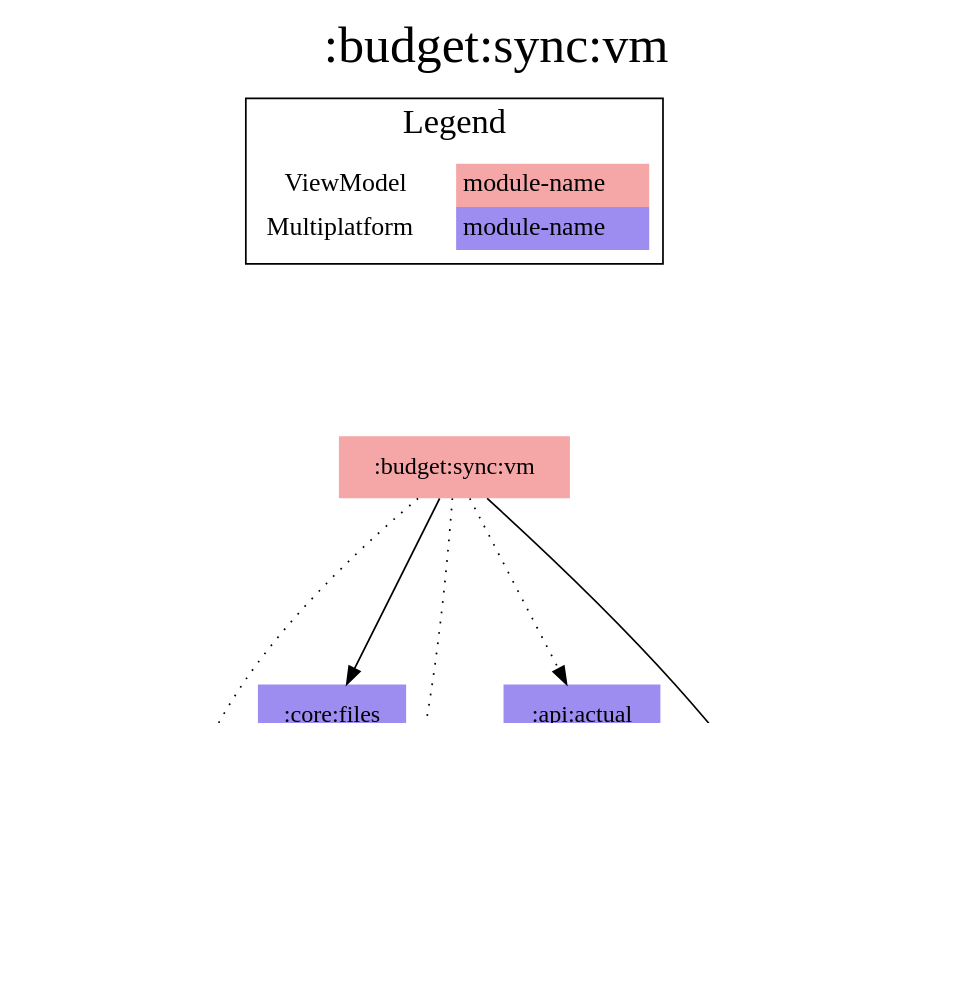
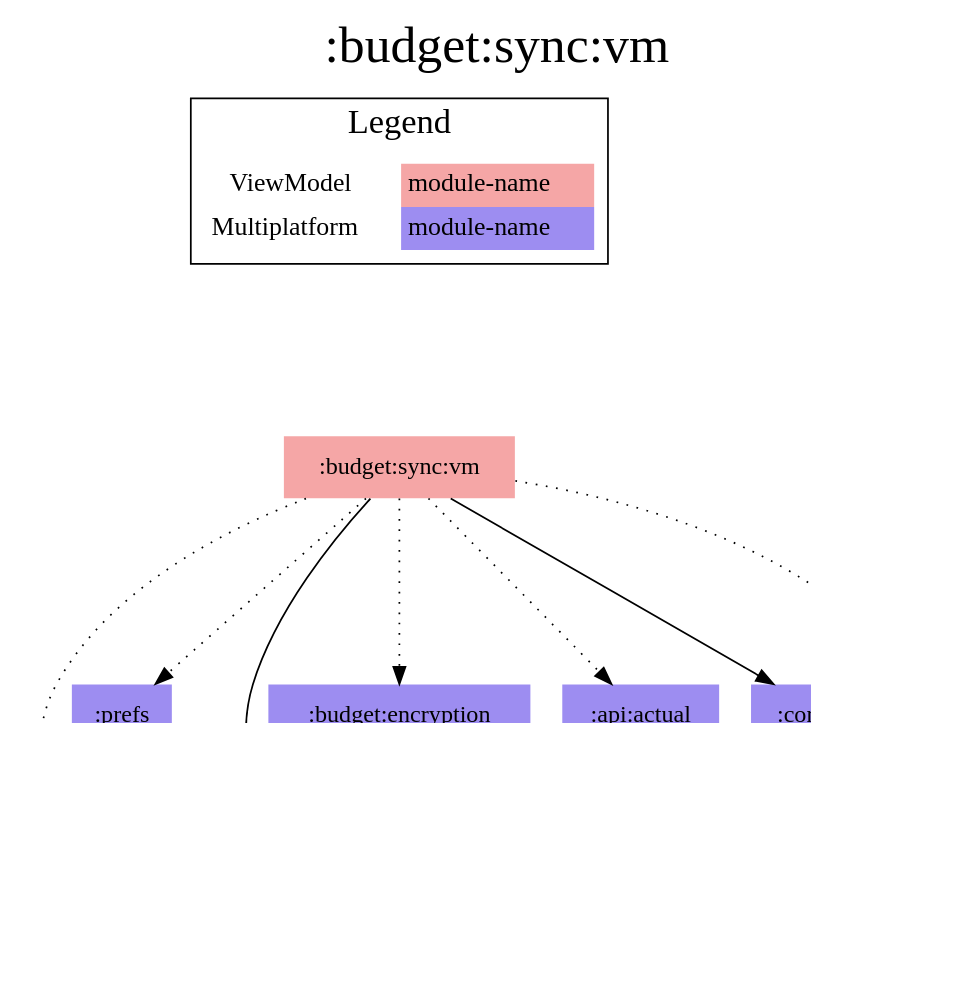
Before and after one commit to jonapoul/aktual: the diagram in modules/budget/sync/vm/modules.dot, drawn with Graphviz. The commit also changed 39 other files, not shown here.

```diff
--- a/modules/budget/sync/vm/modules.dot
+++ b/modules/budget/sync/vm/modules.dot
@@ -1,36 +1,45 @@
 digraph {
 edge ["dir"="forward"]
 graph ["dpi"="100","label"=":budget:sync:vm","labelloc"="t","fontsize"="30","ranksep"="1.5","rankdir"="TB"]
 node ["style"="filled"]
 ":account:model" ["fillcolor"="#9D8DF1","shape"="none"]
 ":api:actual" ["fillcolor"="#9D8DF1","shape"="none"]
+":budget:encryption" ["fillcolor"="#9D8DF1","shape"="none"]
 ":budget:model" ["fillcolor"="#9D8DF1","shape"="none"]
 ":budget:sync:vm" ["fillcolor"="#F5A6A6","shape"="none"]
 ":codegen:annotation" ["fillcolor"="#9D8DF1","shape"="none"]
 ":core:files" ["fillcolor"="#9D8DF1","shape"="none"]
 ":core:model" ["fillcolor"="#9D8DF1","shape"="none"]
+":prefs" ["fillcolor"="#9D8DF1","shape"="none"]
 {
 edge ["dir"="none"]
 graph ["rank"="same"]
 }
 ":api:actual" -> ":account:model"
 ":api:actual" -> ":budget:model"
 ":api:actual" -> ":codegen:annotation" ["style"="dotted"]
 ":api:actual" -> ":core:model"
+":budget:encryption" -> ":account:model"
+":budget:encryption" -> ":budget:model"
+":budget:encryption" -> ":core:model"
 ":budget:sync:vm" -> ":account:model" ["style"="dotted"]
 ":budget:sync:vm" -> ":api:actual" ["style"="dotted"]
+":budget:sync:vm" -> ":budget:encryption" ["style"="dotted"]
 ":budget:sync:vm" -> ":budget:model" ["style"="dotted"]
 ":budget:sync:vm" -> ":core:files"
 ":budget:sync:vm" -> ":core:model"
+":budget:sync:vm" -> ":prefs" ["style"="dotted"]
 ":core:files" -> ":budget:model"
+":prefs" -> ":account:model"
+":prefs" -> ":core:model"
 subgraph "cluster_legend" {
 edge ["dir"="none"]
 graph ["label"="Legend","fontsize"="20"]
 "Legend" ["style"="filled","fillcolor"="#FFFFFF","shape"="none","margin"="0","fontsize"="15","label"=<
 <TABLE BORDER="0" CELLBORDER="0" CELLSPACING="0" CELLPADDING="4">
 <TR><TD>ViewModel</TD><TD BGCOLOR="#F5A6A6">module-name</TD></TR>
 <TR><TD>Multiplatform</TD><TD BGCOLOR="#9D8DF1">module-name</TD></TR>
 </TABLE>
 >]
 } -> ":budget:sync:vm" ["style"="invis"]
 }
```
